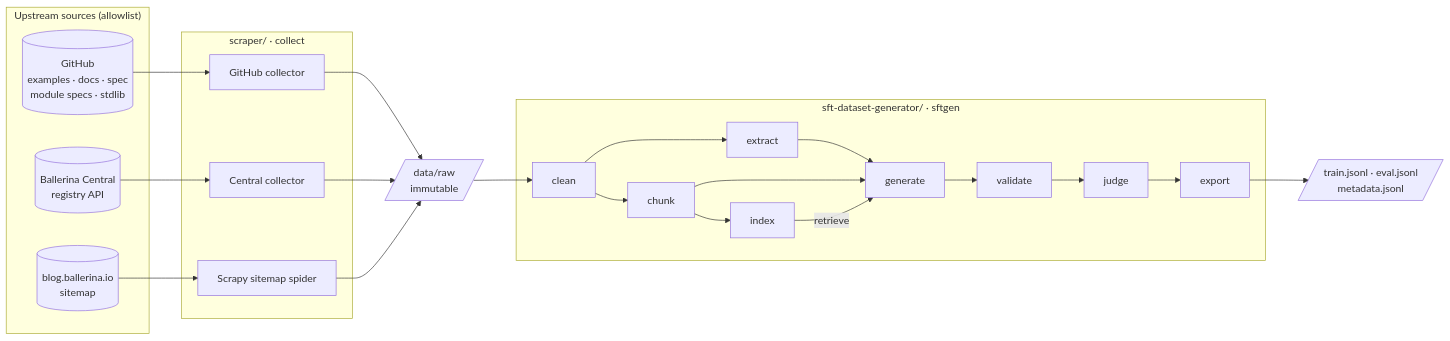
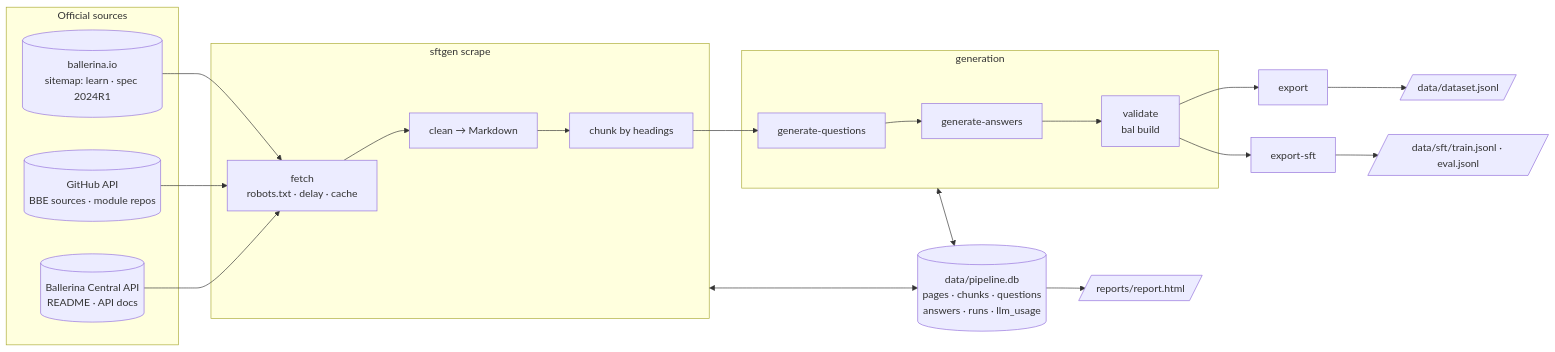
Before and after one commit to sajith-jeewantha/ballerina-sft-dataset-pipeline: the first of 2 diagrams in README.md, drawn with Mermaid. The commit also changed other lines of this file and 88 other files, not shown here.

````diff
--- a/README.md
+++ b/README.md
@@ -56,30 +42,28 @@
 ```mermaid
 flowchart LR
-    subgraph SRC["Upstream sources (allowlist)"]
-        GH[("GitHub<br/>examples · docs · spec<br/>module specs · stdlib")]
-        CEN[("Ballerina Central<br/>registry API")]
-        WEB[("blog.ballerina.io<br/>sitemap")]
+    subgraph SRC["Official sources"]
+        IO[("ballerina.io<br/>sitemap: learn · spec 2024R1")]
+        GH[("GitHub API<br/>BBE sources · module repos")]
+        CEN[("Ballerina Central API<br/>README · API docs")]
     end
 
-    subgraph COLLECT["scraper/ · collect"]
-        C1[GitHub collector]
-        C2[Central collector]
-        C3[Scrapy sitemap spider]
+    subgraph SCRAPE["sftgen scrape"]
+        F[fetch<br/>robots.txt · delay · cache] --> C[clean → Markdown] --> K[chunk by headings]
     end
 
-    subgraph SFTGEN["sft-dataset-generator/ · sftgen"]
-        CL[clean] --> EX[extract]
-        CL --> CH[chunk] --> IX[index]
-        GQ[generate] --> VA[validate] --> JU[judge] --> EP[export]
+    subgraph GEN["generation"]
+        Q[generate-questions] --> A[generate-answers] --> V[validate<br/>bal build]
     end
 
-    GH --> C1
-    CEN --> C2
-    WEB --> C3
-    C1 & C2 & C3 --> RAW[/"data/raw<br/>immutable"/]
-    RAW --> CL
-    EX --> GQ
-    CH --> GQ
-    IX -- retrieve --> GQ
-    EP --> OUT[/"train.jsonl · eval.jsonl<br/>metadata.jsonl"/]
+    IO & GH & CEN --> F
+    K --> Q
+    V --> E[export]
+    V --> ES[export-sft]
+    E --> OUT[/"data/dataset.jsonl"/]
+    ES --> SFT[/"data/sft/train.jsonl · eval.jsonl"/]
+
+    DB[("data/pipeline.db<br/>pages · chunks · questions<br/>answers · runs · llm_usage")]
+    SCRAPE <--> DB
+    GEN <--> DB
+    DB --> R[/"reports/report.html"/]
 ```
````
